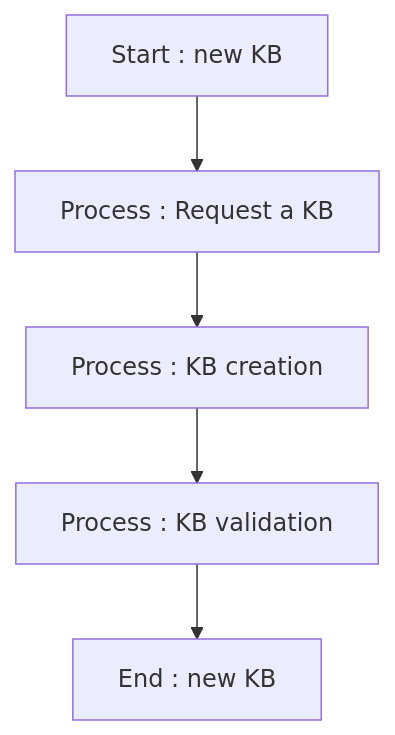
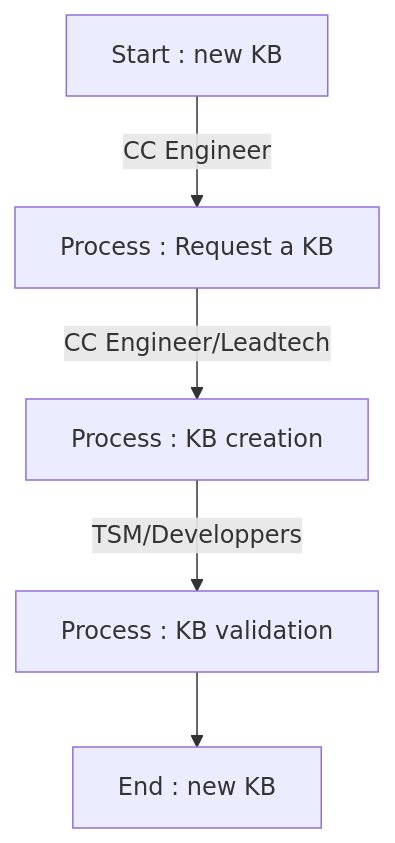
One commit to alexvea/KB changed the first of 4 diagrams in README.md. Above: the diagram before and after it, drawn with Mermaid. The commit also changed other lines of this file, not shown here.

````diff
--- a/README.md
+++ b/README.md
@@ -132,7 +132,7 @@
 ```mermaid
 flowchart TD
-A[Start : new KB] --> B[Process : Request a KB];
-B[Process : Request a KB] --> C[Process : KB creation];
-C[Process : KB creation] --> D[Process : KB validation];
+A[Start : new KB] -- CC Engineer --> B[Process : Request a KB];
+B[Process : Request a KB] -- CC Engineer/Leadtech --> C[Process : KB creation];
+C[Process : KB creation] -- TSM/Developpers --> D[Process : KB validation];
 D[Process : KB validation] --> E[End : new KB];
 ```
````
